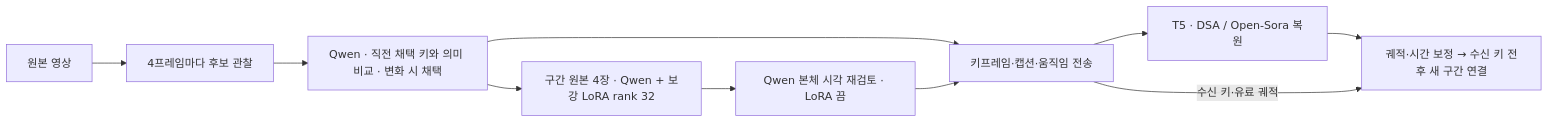
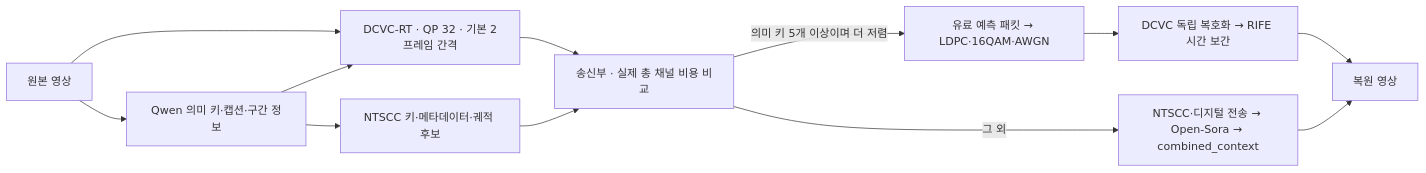
Before and after one commit to SangukBae/semantic_transmission: the diagram in README.md, drawn with Mermaid. The commit also changed other lines of this file and 8 other files, not shown here.

Commit message:
docs: align BSU architecture, commands and evidence with the adopted model

````diff
--- a/README.md
+++ b/README.md
@@ -11,12 +11,14 @@
 ```mermaid
 flowchart LR
-    V[원본 영상] --> P[4프레임마다 후보 관찰]
-    P --> S[Qwen · 직전 채택 키와 의미 비교 · 변화 시 채택]
-    S --> C[구간 원본 4장 · Qwen + 보강 LoRA rank 32]
-    C --> R[Qwen 본체 시각 재검토 · LoRA 끔]
-    S --> T[키프레임·캡션·움직임 전송]
-    R --> T
-    T --> D[T5 · DSA / Open-Sora 복원]
-    D --> RX[궤적·시간 보정 → 수신 키 전후 새 구간 연결]
-    T -->|수신 키·유료 궤적| RX
+    V[원본 영상] --> S[Qwen 의미 키·캡션·구간 정보]
+    V --> N[DCVC-RT · QP 32 · 기본 2프레임 간격]
+    S --> B[NTSCC 키·메타데이터·궤적 후보]
+    S --> N
+    N --> R[송신부 · 실제 총 채널 비용 비교]
+    B --> R
+    R -->|의미 키 5개 이상이며 더 저렴| T[유료 예측 패킷 → LDPC·16QAM·AWGN]
+    T --> D[DCVC 독립 복호화 → RIFE 시간 보간]
+    R -->|그 외| G[NTSCC·디지털 전송 → Open-Sora → combined_context]
+    D --> O[복원 영상]
+    G --> O
 ```
````
